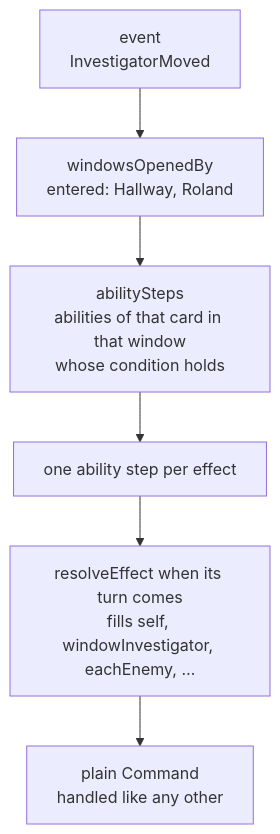
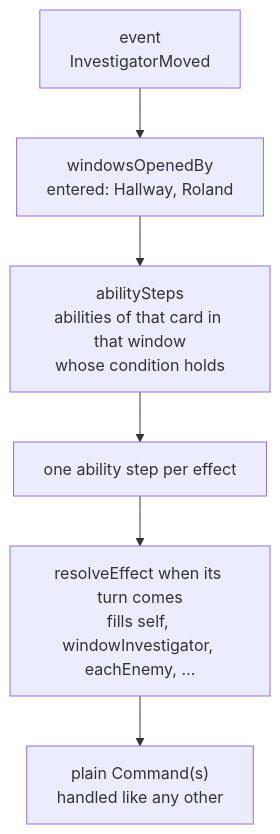
One commit to macandy13/arkham-companion changed the fifth of 6 diagrams in docs/architecture.md. Above: the diagram before and after it, drawn with Mermaid. The commit also changed other lines of this file and 2 other files, not shown here.

````diff
--- a/docs/architecture.md
+++ b/docs/architecture.md
@@ -157,8 +159,8 @@
 ```mermaid
 flowchart TD
   EV["event<br/>InvestigatorMoved"] --> W["windowsOpenedBy<br/>entered: Hallway, Roland"]
   W --> AB["abilitySteps<br/>abilities of that card in that window<br/>whose condition holds"]
   AB --> ST["one ability step per effect"]
   ST --> RE["resolveEffect when its turn comes<br/>fills self, windowInvestigator, eachEnemy, …"]
-  RE --> CMD["plain Command<br/>handled like any other"]
+  RE --> CMD["plain Command(s)<br/>handled like any other"]
 ```
````
